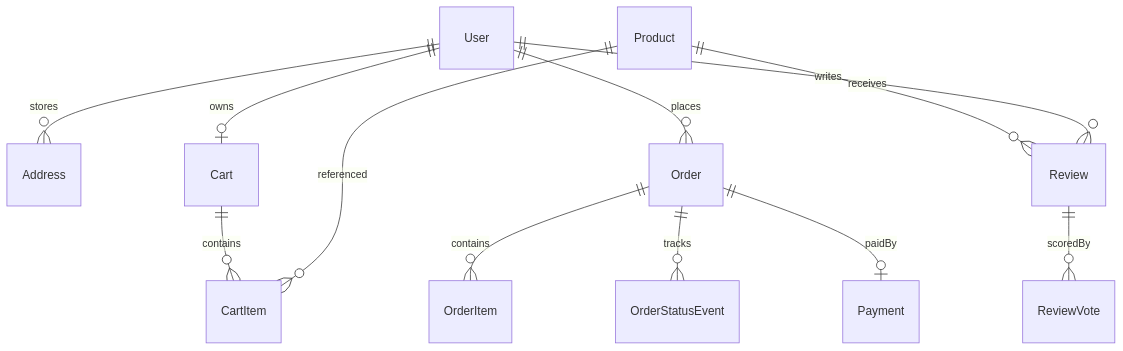
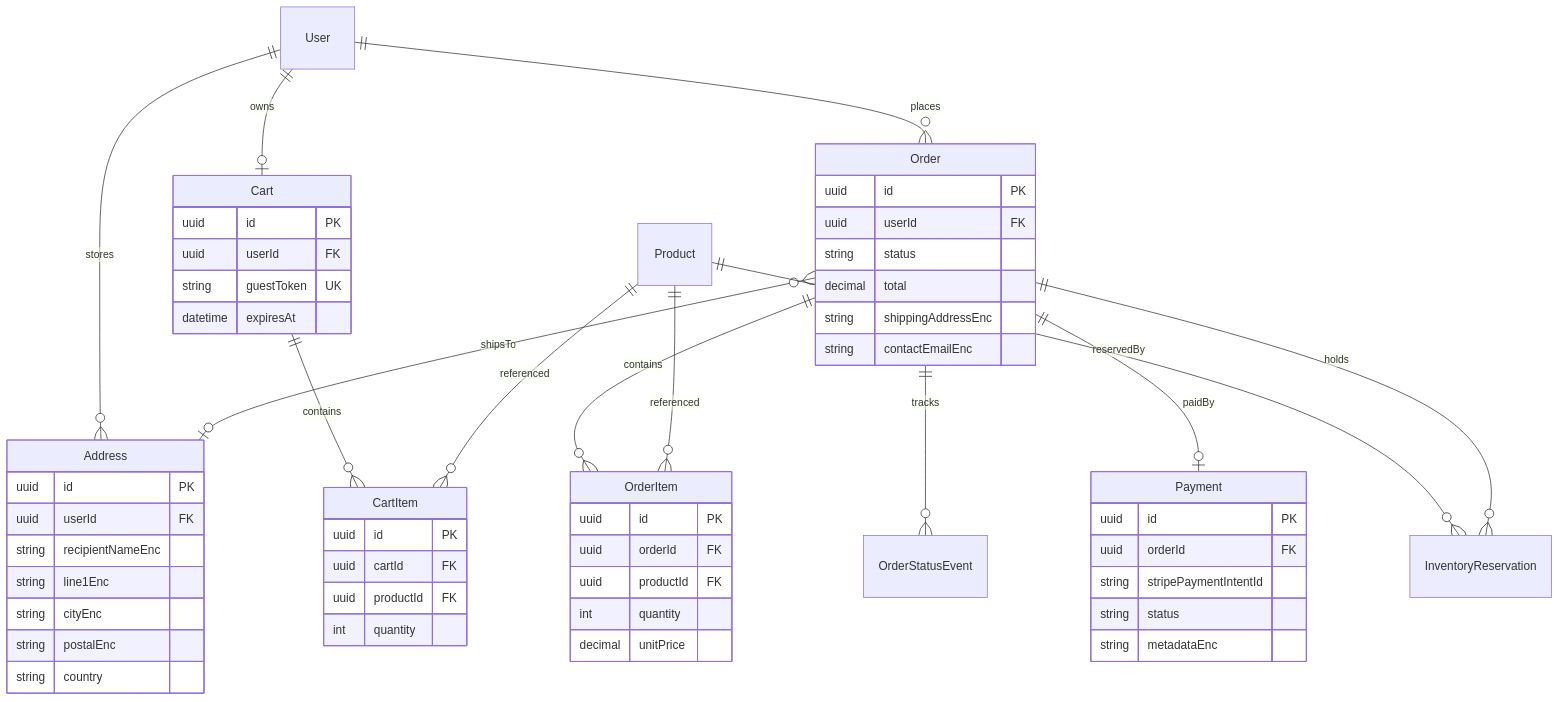
Before and after one commit to AlluFI/webshop: the second of 3 diagrams in docs/erd.md, drawn with Mermaid. The commit also changed other lines of this file and 80 other files, not shown here.

First line of the commit message:
Add Part 2 commerce: cart, Stripe checkout, orders, and a RabbitMQ worker.

````diff
--- a/docs/erd.md
+++ b/docs/erd.md
@@ -81,14 +83,59 @@
 ```mermaid
 erDiagram
   User ||--o{ Address : stores
   User ||--o| Cart : owns
   Cart ||--o{ CartItem : contains
   Product ||--o{ CartItem : referenced
   User ||--o{ Order : places
   Order ||--o{ OrderItem : contains
   Order ||--o{ OrderStatusEvent : tracks
   Order ||--o| Payment : paidBy
-  Product ||--o{ Review : receives
-  User ||--o{ Review : writes
-  Review ||--o{ ReviewVote : scoredBy
+  Order }o--o| Address : shipsTo
+  Product ||--o{ OrderItem : referenced
+  Product ||--o{ InventoryReservation : reservedBy
+  Order ||--o{ InventoryReservation : holds
+
+  Address {
+    uuid id PK
+    uuid userId FK
+    string recipientNameEnc
+    string line1Enc
+    string cityEnc
+    string postalEnc
+    string country
+  }
+  Cart {
+    uuid id PK
+    uuid userId FK
+    string guestToken UK
+    datetime expiresAt
+  }
+  CartItem {
+    uuid id PK
+    uuid cartId FK
+    uuid productId FK
+    int quantity
+  }
+  Order {
+    uuid id PK
+    uuid userId FK
+    string status
+    decimal total
+    string shippingAddressEnc
+    string contactEmailEnc
+  }
+  OrderItem {
+    uuid id PK
+    uuid orderId FK
+    uuid productId FK
+    int quantity
+    decimal unitPrice
+  }
+  Payment {
+    uuid id PK
+    uuid orderId FK
+    string stripePaymentIntentId
+    string status
+    string metadataEnc
+  }
 ```
````
